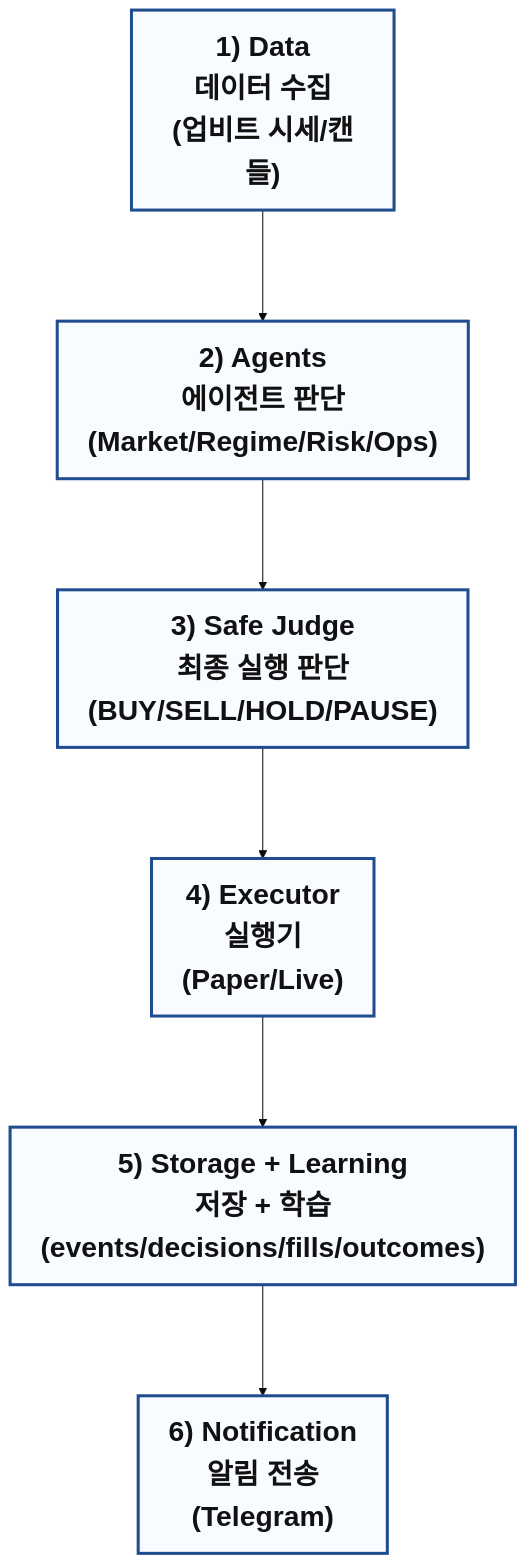
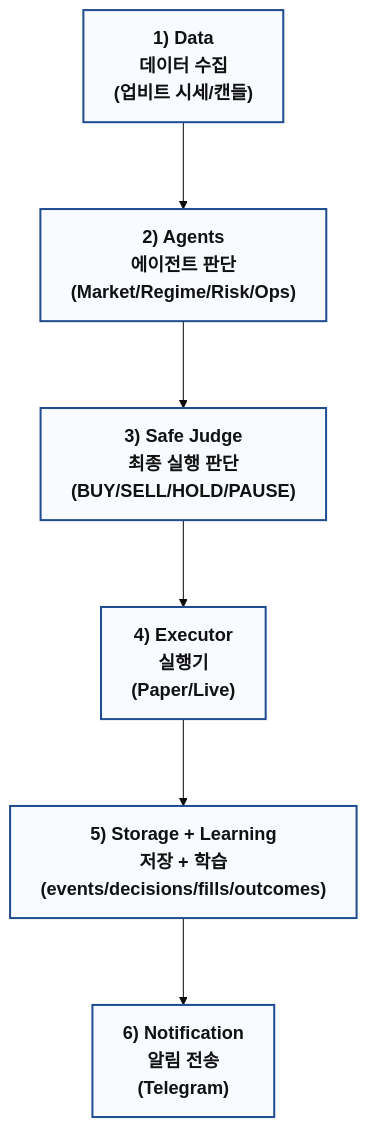
Before and after one commit to summit1123/Ai_invest: the first of 2 diagrams in README.md, drawn with Mermaid. The commit also changed other lines of this file, not shown here.

Commit message:
docs: tune mermaid diagram size to moderate

````diff
--- a/README.md
+++ b/README.md
@@ -21,15 +21,15 @@
 ```mermaid
-%%{init: {'theme':'base','themeVariables': {'fontSize': '28px'}, 'flowchart': {'nodeSpacing': 95, 'rankSpacing': 110, 'htmlLabels': true, 'curve': 'linear'}} }%%
+%%{init: {'theme':'base','themeVariables': {'fontSize': '18px'}, 'flowchart': {'nodeSpacing': 72, 'rankSpacing': 86, 'htmlLabels': true, 'curve': 'linear'}} }%%
 flowchart TB
     D["1) Data<br/>데이터 수집<br/>(업비트 시세/캔들)"]
     A["2) Agents<br/>에이전트 판단<br/>(Market/Regime/Risk/Ops)"]
     J["3) Safe Judge<br/>최종 실행 판단<br/>(BUY/SELL/HOLD/PAUSE)"]
     E["4) Executor<br/>실행기<br/>(Paper/Live)"]
     S["5) Storage + Learning<br/>저장 + 학습<br/>(events/decisions/fills/outcomes)"]
     N["6) Notification<br/>알림 전송<br/>(Telegram)"]
 
     D --> A --> J --> E --> S --> N
 
-    classDef big fill:#f8fbff,stroke:#1f4d8f,stroke-width:3px,color:#111,font-size:28px,font-weight:bold;
+    classDef big fill:#f8fbff,stroke:#1f4d8f,stroke-width:2px,color:#111,font-size:18px,font-weight:bold;
     class D,A,J,E,S,N big;
 ```
````
